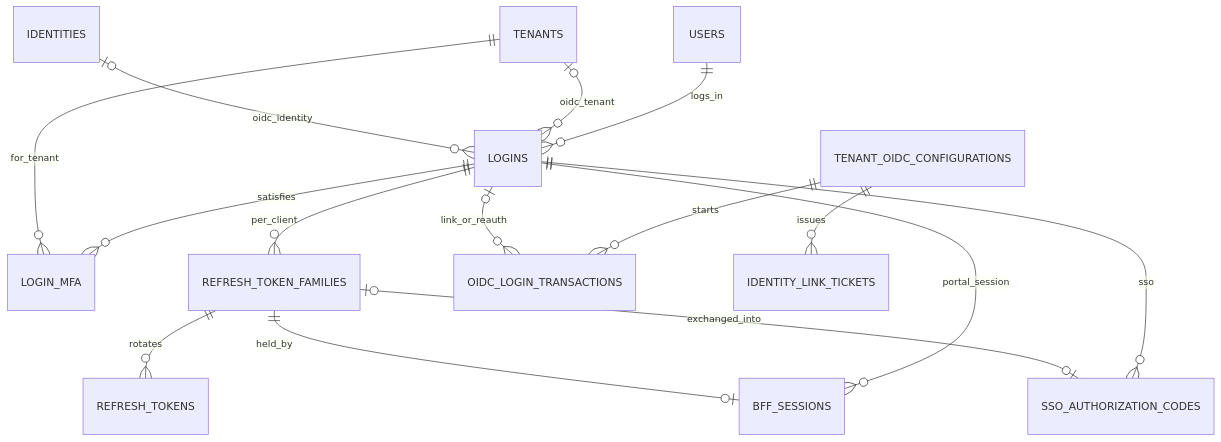
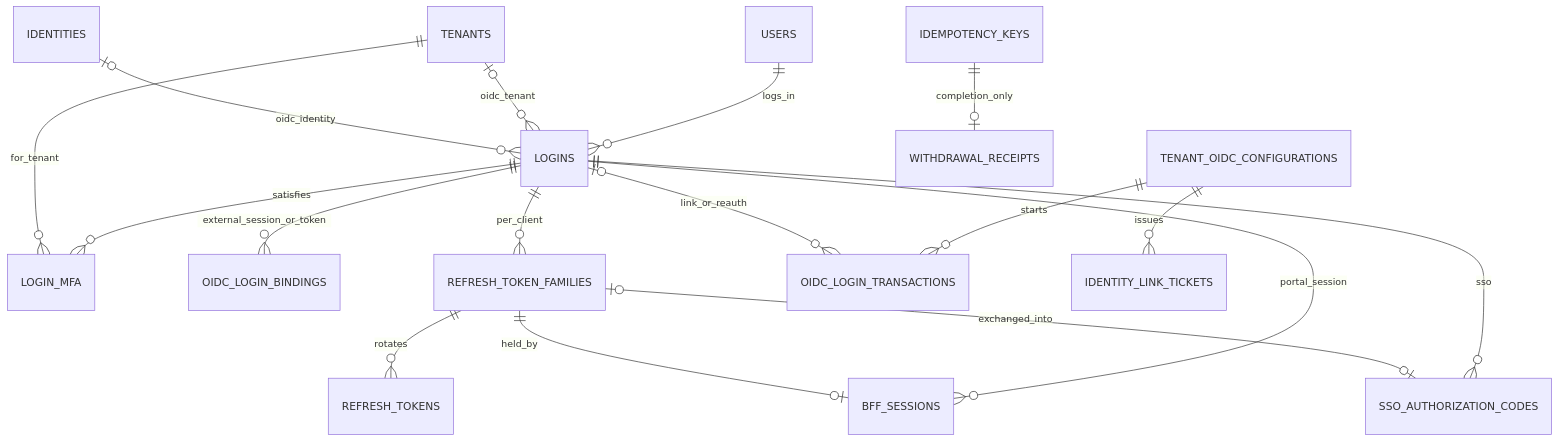
Before and after one commit to hyoungsookim/passport: the second of 2 diagrams in docs/DB_MODEL.md, drawn with Mermaid. The commit also changed other lines of this file and 2 other files, not shown here.

````diff
--- a/docs/DB_MODEL.md
+++ b/docs/DB_MODEL.md
@@ -73,17 +168,19 @@
 ```mermaid
 erDiagram
     USERS ||--o{ LOGINS : logs_in
     TENANTS |o--o{ LOGINS : oidc_tenant
     IDENTITIES |o--o{ LOGINS : oidc_identity
     LOGINS ||--o{ LOGIN_MFA : satisfies
+    LOGINS ||--o{ OIDC_LOGIN_BINDINGS : external_session_or_token
     TENANTS ||--o{ LOGIN_MFA : for_tenant
     LOGINS ||--o{ REFRESH_TOKEN_FAMILIES : per_client
     REFRESH_TOKEN_FAMILIES ||--o{ REFRESH_TOKENS : rotates
     LOGINS ||--o{ BFF_SESSIONS : portal_session
     REFRESH_TOKEN_FAMILIES ||--o| BFF_SESSIONS : held_by
     TENANT_OIDC_CONFIGURATIONS ||--o{ OIDC_LOGIN_TRANSACTIONS : starts
     LOGINS |o--o{ OIDC_LOGIN_TRANSACTIONS : link_or_reauth
     TENANT_OIDC_CONFIGURATIONS ||--o{ IDENTITY_LINK_TICKETS : issues
     LOGINS ||--o{ SSO_AUTHORIZATION_CODES : sso
     REFRESH_TOKEN_FAMILIES |o--o| SSO_AUTHORIZATION_CODES : exchanged_into
+    IDEMPOTENCY_KEYS ||--o| WITHDRAWAL_RECEIPTS : completion_only
 ```
````
